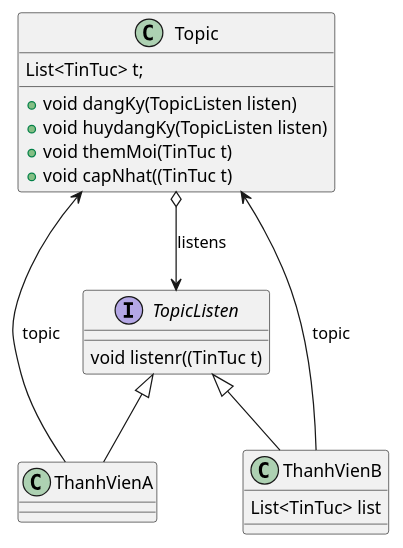
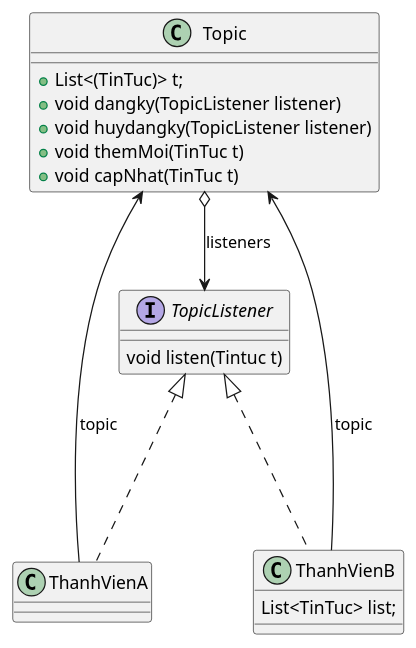
The diagram in kientrucvathietkephanmem/src/thi/Observer/ca4/ca4.puml (nghiahuunguyen/kientructhietke), drawn with PlantUML before and after one commit. The commit also changed 49 other files, not shown here.

```diff
--- a/kientrucvathietkephanmem/src/thi/Observer/ca4/ca4.puml
+++ b/kientrucvathietkephanmem/src/thi/Observer/ca4/ca4.puml
@@ -1,23 +1,25 @@
 @startuml
 'https://plantuml.com/class-diagram
-
 class Topic{
-    List<TinTuc> t;
-    + void dangKy(TopicListen listen)
-     + void huydangKy(TopicListen listen)
-     + void themMoi(TinTuc t)
-     + void capNhat((TinTuc t)
+    +List<(TinTuc)> t;
+    +void dangky(TopicListener listener)
+    +void huydangky(TopicListener listener)
+    +void themMoi(TinTuc t)
+    +void capNhat(TinTuc t)
 }
-interface TopicListen{
-    void listenr((TinTuc t)
+interface TopicListener{
+    void listen(Tintuc t)
 }
 class ThanhVienA
 class ThanhVienB{
-    List<TinTuc> list
+    List<TinTuc> list;
 }
-TopicListen<|--ThanhVienA
-TopicListen<|--ThanhVienB
-Topic o-->TopicListen:listens
-ThanhVienA-->Topic:topic
-ThanhVienB-->Topic:topic
+
+TopicListener <|... ThanhVienA
+TopicListener <|... ThanhVienB
+Topic o--> TopicListener:listeners
+ThanhVienA --> Topic:topic
+ThanhVienB --> Topic:topic
+
+
 @enduml
```
